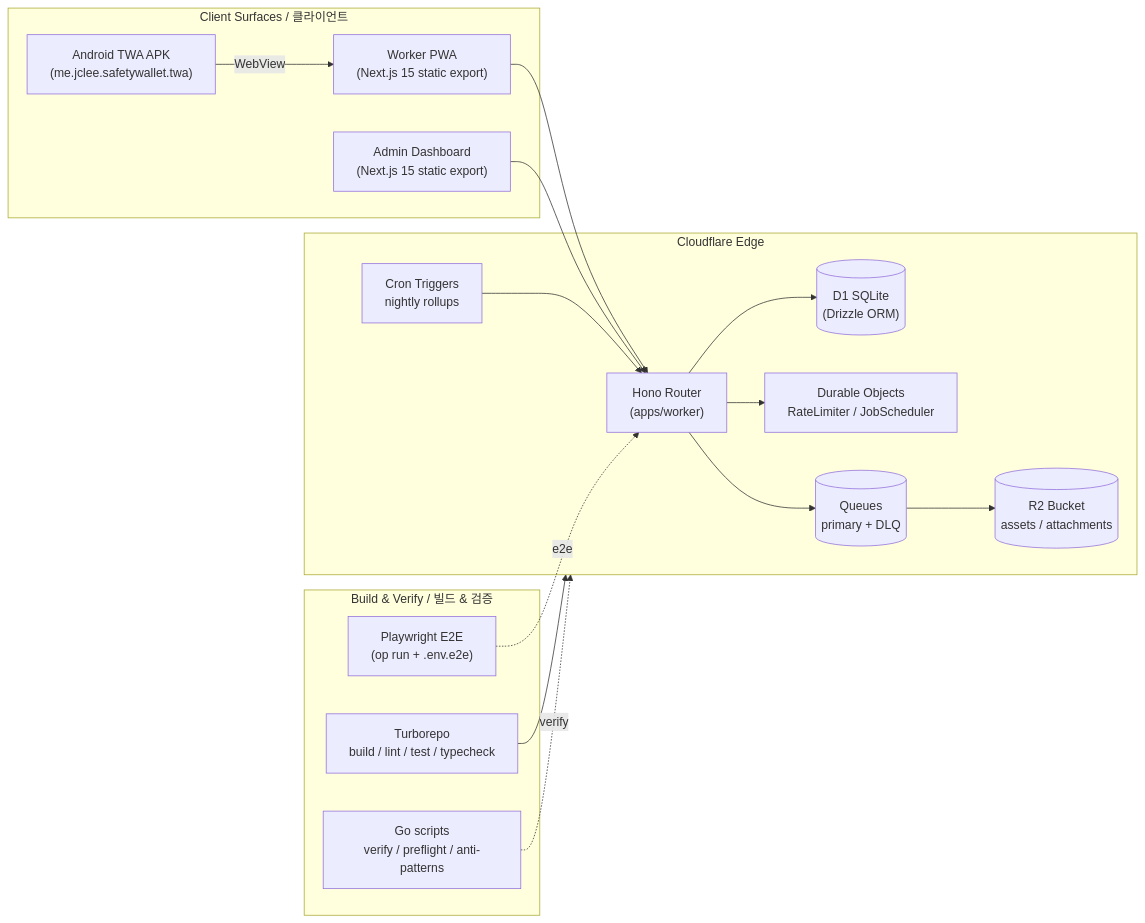
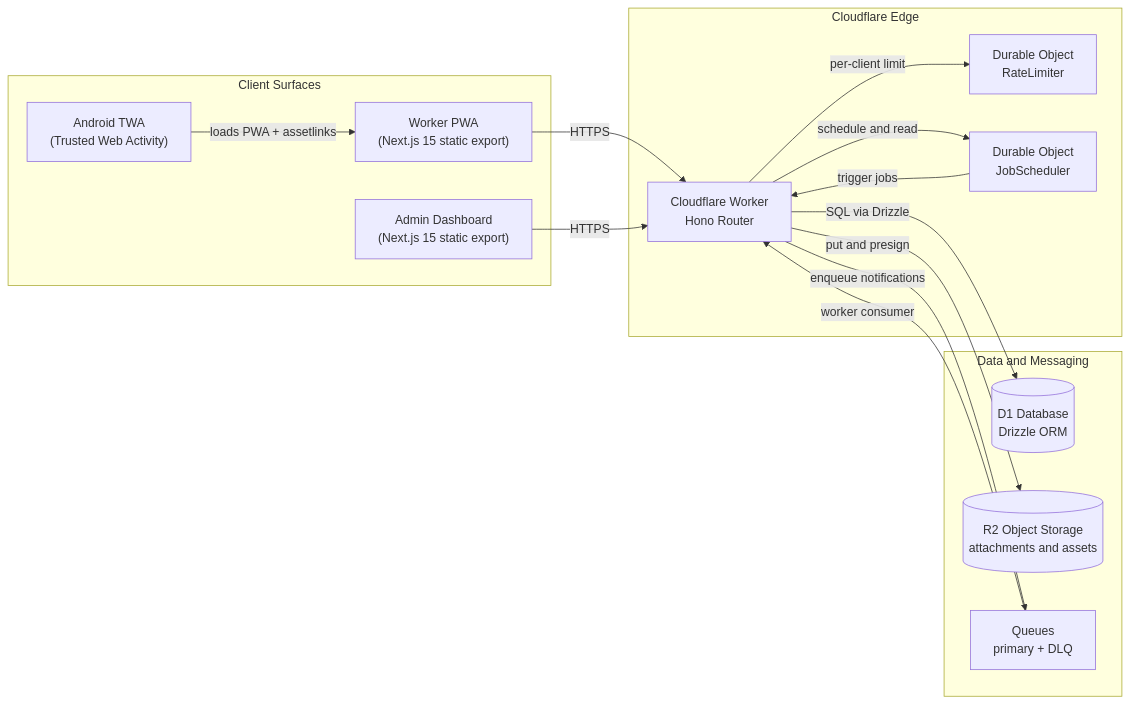
One commit to jclee941/safetywallet changed the diagram in README.md. Above: the diagram before and after it, drawn with Mermaid. The commit also changed other lines of this file, not shown here.

````diff
--- a/README.md
+++ b/README.md
@@ -44,35 +51,34 @@
 ```mermaid
 flowchart LR
-  subgraph Clients["Client Surfaces / 클라이언트"]
-    APK["Android TWA APK<br/>(me.jclee.safetywallet.twa)"]
+  subgraph Clients["Client Surfaces"]
     PWA["Worker PWA<br/>(Next.js 15 static export)"]
-    ADM["Admin Dashboard<br/>(Next.js 15 static export)"]
+    Admin["Admin Dashboard<br/>(Next.js 15 static export)"]
+    TWA["Android TWA<br/>(Trusted Web Activity)"]
   end
 
   subgraph Edge["Cloudflare Edge"]
-    Router["Hono Router<br/>(apps/worker)"]
-    D1[("D1 SQLite<br/>(Drizzle ORM)")]
-    DO["Durable Objects<br/>RateLimiter / JobScheduler"]
-    Q[("Queues<br/>primary + DLQ")]
-    R2[("R2 Bucket<br/>assets / attachments")]
-    Cron["Cron Triggers<br/>nightly rollups"]
+    Worker["Cloudflare Worker<br/>Hono Router"]
+    RL["Durable Object<br/>RateLimiter"]
+    JS["Durable Object<br/>JobScheduler"]
   end
 
-  subgraph Tooling["Build &amp; Verify / 빌드 &amp; 검증"]
-    Turbo["Turborepo<br/>build / lint / test / typecheck"]
-    Go["Go scripts<br/>verify / preflight / anti-patterns"]
-    PW["Playwright E2E<br/>(op run + .env.e2e)"]
+  subgraph Data["Data and Messaging"]
+    D1[("D1 Database<br/>Drizzle ORM")]
+    R2[("R2 Object Storage<br/>attachments and assets")]
+    Q["Queues<br/>primary + DLQ"]
   end
 
-  APK -->|WebView| PWA
-  PWA --> Router
-  ADM --> Router
-  Router --> D1
-  Router --> DO
-  Router --> Q
-  Q --> R2
-  Cron --> Router
-  Turbo --> Edge
-  Go -. verify .-> Edge
-  PW -. e2e .-> Router
+  PWA -->|HTTPS| Worker
+  Admin -->|HTTPS| Worker
+  TWA -->|loads PWA + assetlinks| PWA
+
+  Worker -->|SQL via Drizzle| D1
+  Worker -->|per-client limit| RL
+  Worker -->|enqueue notifications| Q
+  Q -->|worker consumer| Worker
+
+  Worker -->|schedule and read| JS
+  JS -->|trigger jobs| Worker
+
+  Worker -->|put and presign| R2
 ```
````
